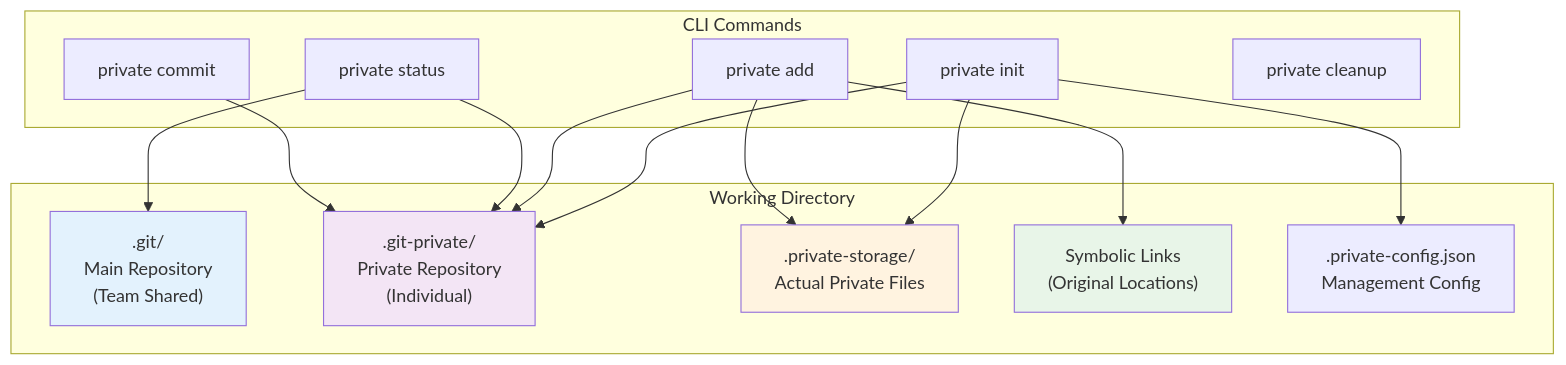
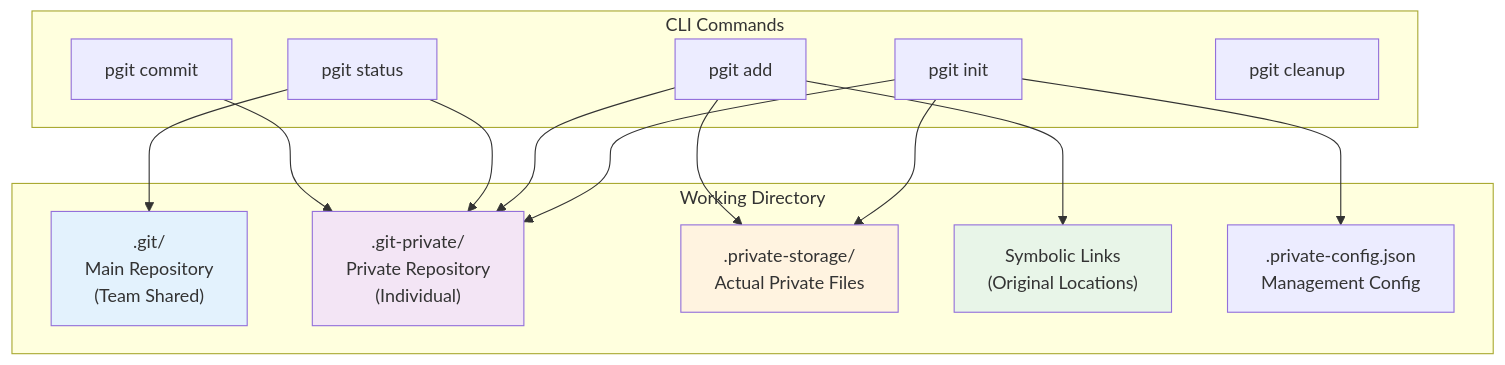
The first of 4 diagrams in Initial Plan.md (jack-sparrow-1904/pgit-cli), drawn with Mermaid before and after one commit. The commit also changed other lines of this file and 1 other file, not shown here.

````diff
--- a/Initial Plan.md
+++ b/Initial Plan.md
@@ -56,36 +56,36 @@
 ```mermaid
 graph TB
     subgraph "Working Directory"
         MAIN[".git/<br/>Main Repository<br/>(Team Shared)"]
         PRIV[".git-private/<br/>Private Repository<br/>(Individual)"]
         STORAGE[".private-storage/<br/>Actual Private Files"]
         SYMLINKS["Symbolic Links<br/>(Original Locations)"]
         CONFIG[".private-config.json<br/>Management Config"]
     end
     
     subgraph "CLI Commands"
-        INIT["private init"]
-        ADD["private add <path>"]
-        STATUS["private status"]
-        COMMIT["private commit"]
-        CLEANUP["private cleanup"]
+        INIT["pgit init"]
+        ADD["pgit add <path>"]
+        STATUS["pgit status"]
+        COMMIT["pgit commit"]
+        CLEANUP["pgit cleanup"]
     end
     
     INIT --> PRIV
     INIT --> STORAGE
     INIT --> CONFIG
     
     ADD --> STORAGE
     ADD --> SYMLINKS
     ADD --> PRIV
     
     STATUS --> MAIN
     STATUS --> PRIV
     
     COMMIT --> PRIV
     
     style MAIN fill:#e3f2fd
     style PRIV fill:#f3e5f5
     style STORAGE fill:#fff3e0
     style SYMLINKS fill:#e8f5e8
 ```
````
